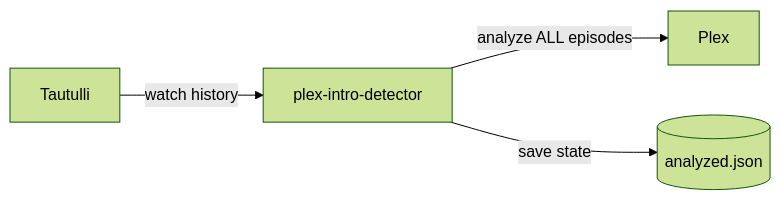
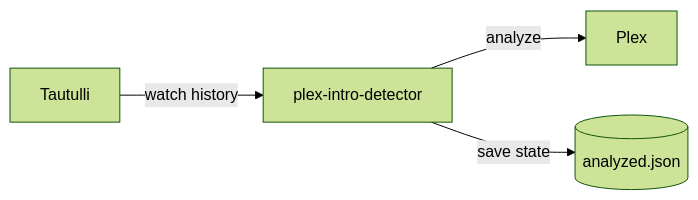
Before and after one commit to jangerhard/plex-intro-detector: the diagram in README.md, drawn with Mermaid (forest theme). The commit also changed other lines of this file, not shown here.

````diff
--- a/README.md
+++ b/README.md
@@ -53,6 +39,6 @@
 ```mermaid
 flowchart LR
     T[Tautulli] -->|watch history| P[plex-intro-detector]
-    P -->|analyze ALL episodes| X[Plex]
+    P -->|analyze| X[Plex]
     P -->|save state| S[(analyzed.json)]
 ```
````
